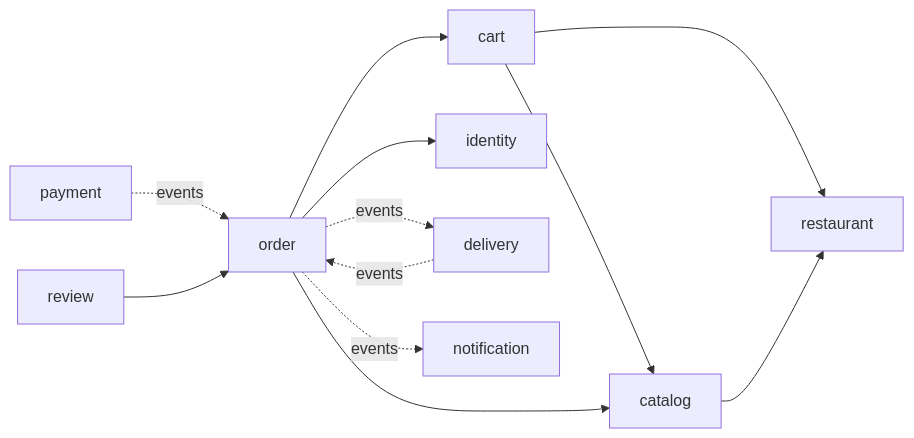
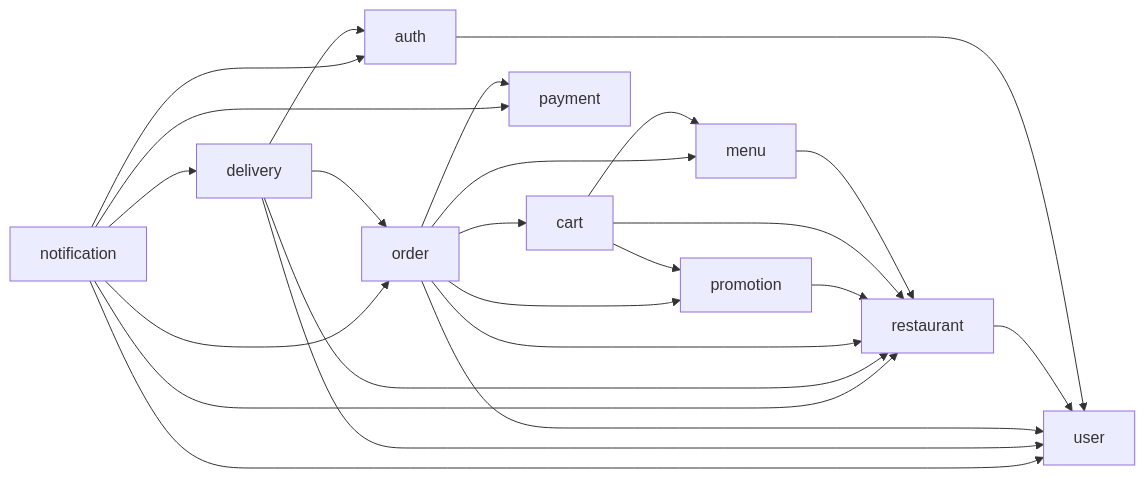
One commit to spatel-ai/vsnvi changed the first of 4 diagrams in docs/ARCHITECTURE.md. Above: the diagram before and after it, drawn with Mermaid. The commit also changed other lines of this file and 24 other files, not shown here.

````diff
--- a/docs/ARCHITECTURE.md
+++ b/docs/ARCHITECTURE.md
@@ -45,14 +98,26 @@
 ```mermaid
 flowchart LR
-    cart --> catalog
+    auth --> user
+    restaurant --> user
+    menu --> restaurant
+    cart --> menu
     cart --> restaurant
+    cart --> promotion
+    promotion --> restaurant
     order --> cart
-    order --> catalog
-    order --> identity
-    payment -. events .-> order
-    order -. events .-> delivery
-    order -. events .-> notification
-    delivery -. events .-> order
-    review --> order
-    catalog --> restaurant
+    order --> menu
+    order --> user
+    order --> restaurant
+    order --> payment
+    order --> promotion
+    delivery --> order
+    delivery --> restaurant
+    delivery --> user
+    delivery --> auth
+    notification --> auth
+    notification --> user
+    notification --> order
+    notification --> payment
+    notification --> delivery
+    notification --> restaurant
 ```
````
